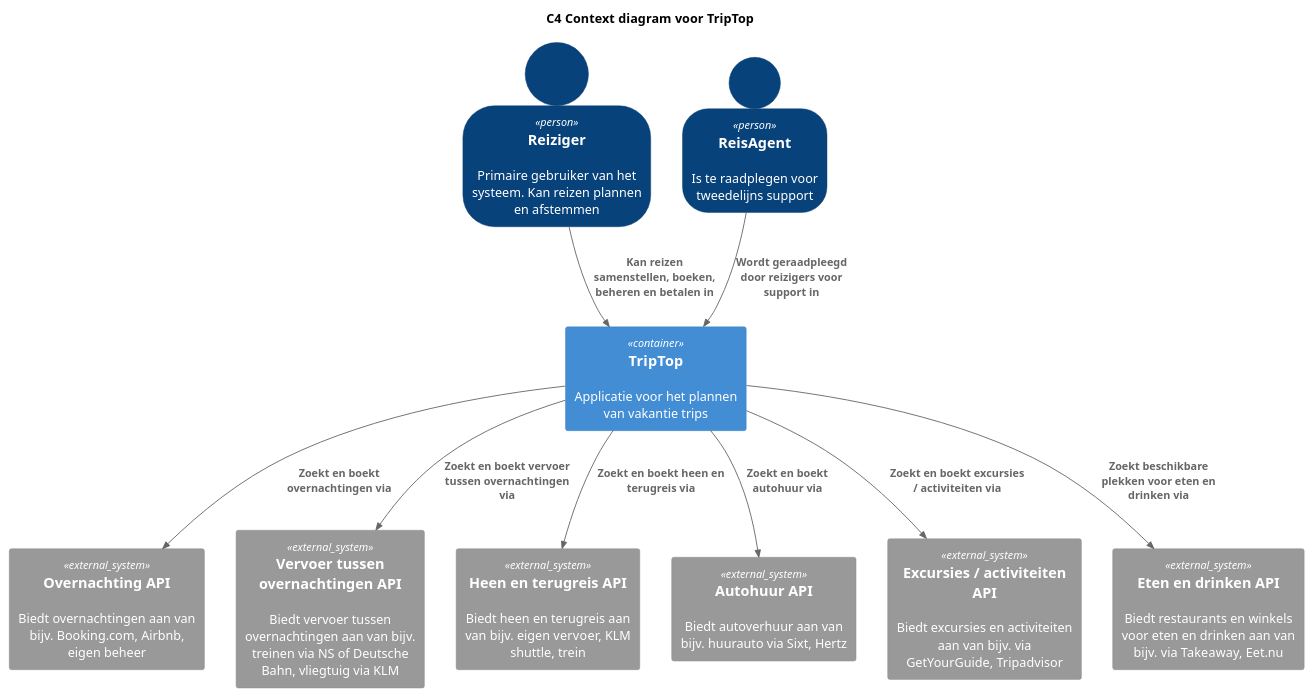
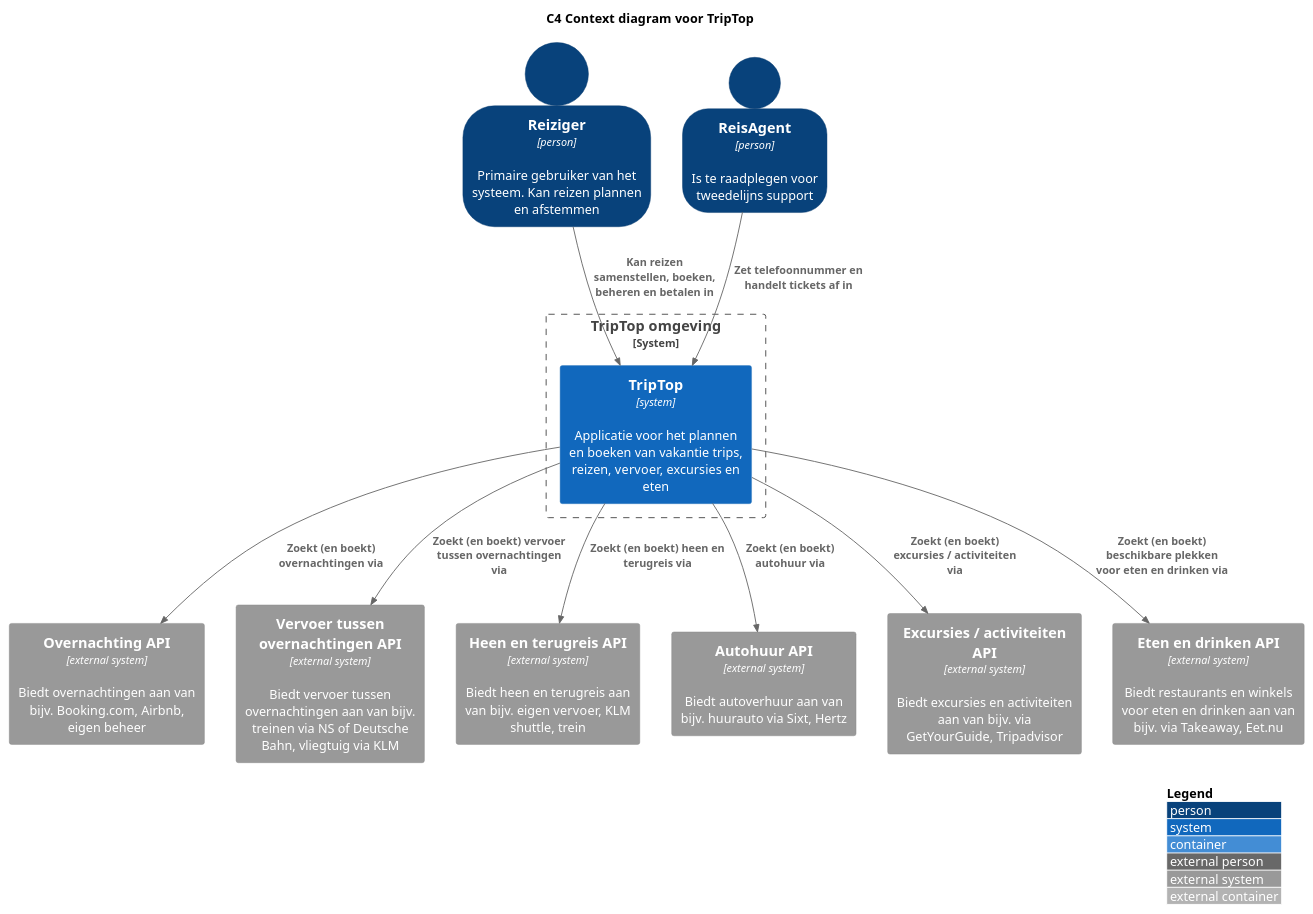
Before and after one commit to AIM-ENE-feb25/triptop-groep-4-jochem-roald-stijn-a: the diagram in software-guidebook/context-diagram.puml, drawn with PlantUML. The commit also changed 1 other file, not shown here.

Commit message:
context diagram bijgewerkt

```diff
--- a/software-guidebook/context-diagram.puml
+++ b/software-guidebook/context-diagram.puml
@@ -1,32 +1,34 @@
 @startuml
 title C4 Context diagram voor TripTop
 !include <C4/C4_Container.puml>
 
-'LAYOUT_WITH_LEGEND()
+top to bottom direction
+
+LAYOUT_WITH_LEGEND()
 SHOW_PERSON_OUTLINE()
 
-Person(reiziger, "Reiziger", "Primaire gebruiker van het systeem. Kan reizen plannen en afstemmen")
-Person(reisagent, "ReisAgent", "Is te raadplegen voor tweedelijns support")
+Person(reiziger, "Reiziger", "Primaire gebruiker van het systeem. Kan reizen plannen en afstemmen", $type="person")
+Person(reisagent, "ReisAgent", "Is te raadplegen voor tweedelijns support", $type="person")
 
-'System_Boundary(system, "TripTop") {
-Container(triptop, "TripTop", "", "Applicatie voor het plannen van vakantie trips")
-'}
+System_Boundary(system, "TripTop omgeving") {
+    System(triptop, "TripTop", "Applicatie voor het plannen en boeken van vakantie trips, reizen, vervoer, excursies en eten", $type="system")
+}
 
 Rel(reiziger, triptop, "Kan reizen samenstellen, boeken, beheren en betalen in")
-Rel(reisagent, triptop, "Wordt geraadpleegd door reizigers voor support in")
+Rel(reisagent, triptop, "Zet telefoonnummer en handelt tickets af in")
 
-System_Ext(overnachting, "Overnachting API", "Biedt overnachtingen aan van bijv. Booking.com, Airbnb, eigen beheer")
-System_Ext(vervoer, "Vervoer tussen overnachtingen API", "Biedt vervoer tussen overnachtingen aan van bijv. treinen via NS of Deutsche Bahn, vliegtuig via KLM")
-System_Ext(reis, "Heen en terugreis API", "Biedt heen en terugreis aan van bijv. eigen vervoer, KLM shuttle, trein")
-System_Ext(autohuur, "Autohuur API", "Biedt autoverhuur aan van bijv. huurauto via Sixt, Hertz")
-System_Ext(activiteiten, "Excursies / activiteiten API", "Biedt excursies en activiteiten aan van bijv. via GetYourGuide, Tripadvisor")
-System_Ext(eten, "Eten en drinken API", "Biedt restaurants en winkels voor eten en drinken aan van bijv. via Takeaway, Eet.nu")
+System_Ext(overnachting, "Overnachting API", "Biedt overnachtingen aan van bijv. Booking.com, Airbnb, eigen beheer", $type="external system")
+System_Ext(vervoer, "Vervoer tussen overnachtingen API", "Biedt vervoer tussen overnachtingen aan van bijv. treinen via NS of Deutsche Bahn, vliegtuig via KLM", $type="external system")
+System_Ext(reis, "Heen en terugreis API", "Biedt heen en terugreis aan van bijv. eigen vervoer, KLM shuttle, trein", $type="external system")
+System_Ext(autohuur, "Autohuur API", "Biedt autoverhuur aan van bijv. huurauto via Sixt, Hertz", $type="external system")
+System_Ext(activiteiten, "Excursies / activiteiten API", "Biedt excursies en activiteiten aan van bijv. via GetYourGuide, Tripadvisor", $type="external system")
+System_Ext(eten, "Eten en drinken API", "Biedt restaurants en winkels voor eten en drinken aan van bijv. via Takeaway, Eet.nu", $type="external system")
 
-Rel(triptop, overnachting, "Zoekt en boekt overnachtingen via")
-Rel(triptop, vervoer, "Zoekt en boekt vervoer tussen overnachtingen via")
-Rel(triptop, reis, "Zoekt en boekt heen en terugreis via")
-Rel(triptop, autohuur, "Zoekt en boekt autohuur via")
-Rel(triptop, activiteiten, "Zoekt en boekt excursies / activiteiten via")
-Rel(triptop, eten, "Zoekt beschikbare plekken voor eten en drinken via")
+Rel(triptop, overnachting, "Zoekt (en boekt) overnachtingen via")
+Rel(triptop, vervoer, "Zoekt (en boekt) vervoer tussen overnachtingen via")
+Rel(triptop, reis, "Zoekt (en boekt) heen en terugreis via")
+Rel(triptop, autohuur, "Zoekt (en boekt) autohuur via")
+Rel(triptop, activiteiten, "Zoekt (en boekt) excursies / activiteiten via")
+Rel(triptop, eten, "Zoekt (en boekt) beschikbare plekken voor eten en drinken via")
 
 @enduml
```
